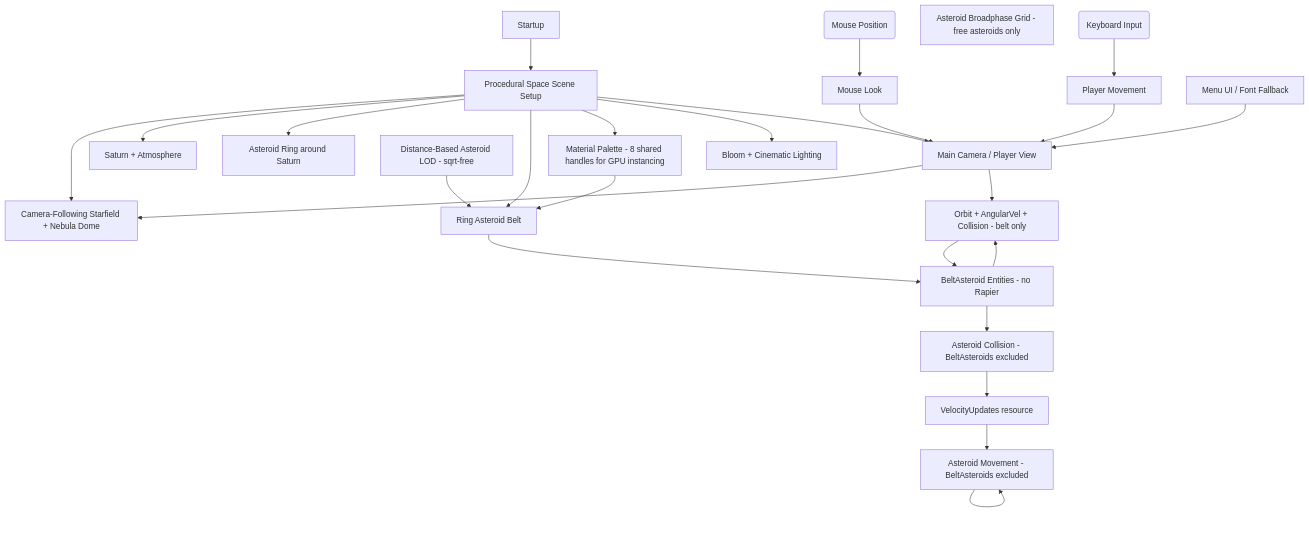
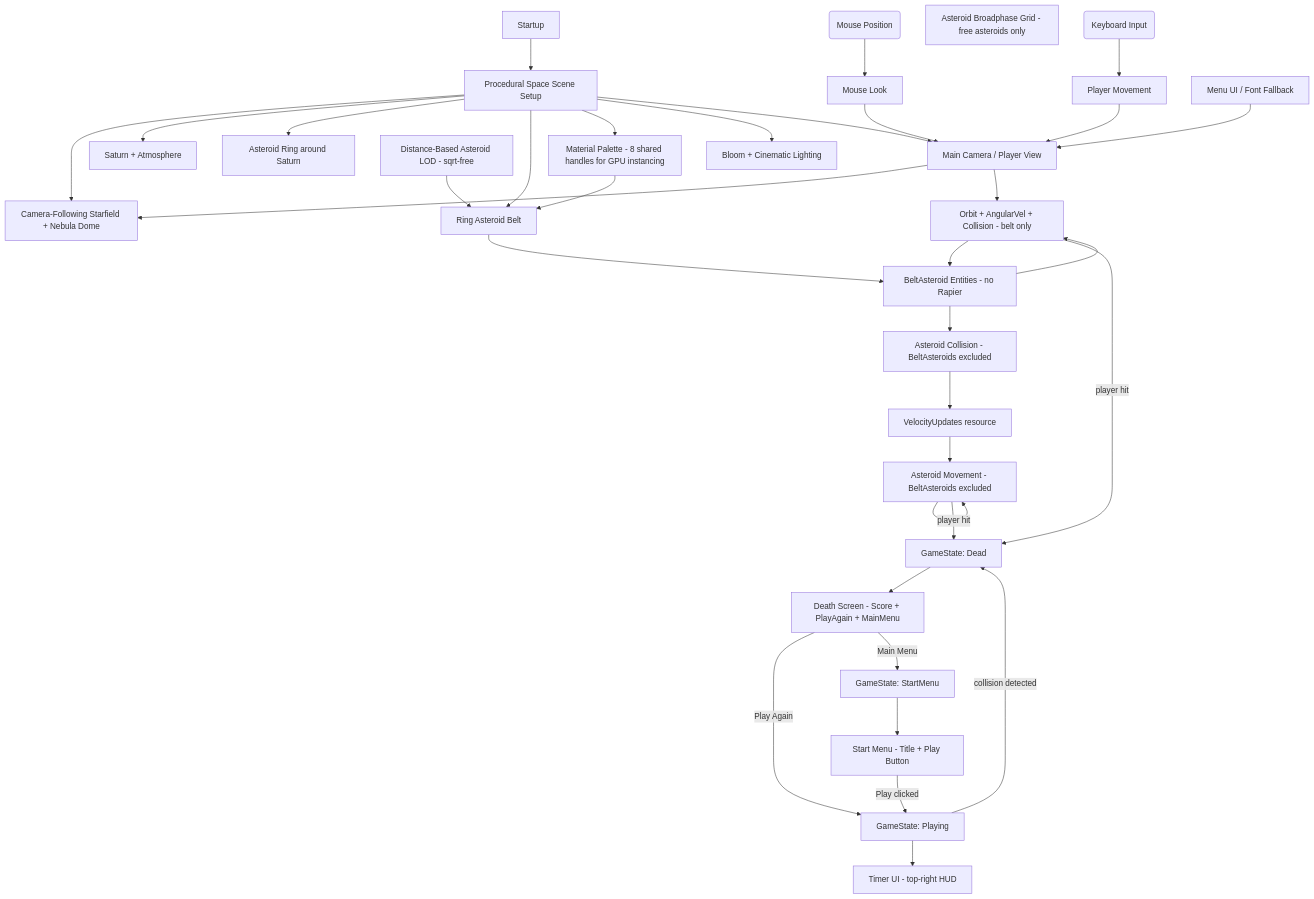
The diagram in README.md (antonincacadetruire/space_vibe), drawn with Mermaid before and after one commit. The commit also changed 9 other files, not shown here.

Commit message:
Implement game state management with start and death screens; add UI components for score display and navigation; enhance timer functionality and button interactions

````diff
--- a/README.md
+++ b/README.md
@@ -4,50 +4,68 @@
 ```mermaid
 graph TB
   M(Mouse Position)
   K(Keyboard Input)
+
+  GS_SM[GameState: StartMenu]
+  GS_PL[GameState: Playing]
+  GS_DE[GameState: Dead]
+
+  SM[Start Menu - Title + Play Button]
+  DS[Death Screen - Score + PlayAgain + MainMenu]
+  TI[Timer UI - top-right HUD]
 
   SS[Procedural Space Scene Setup]
   SB[Camera-Following Starfield + Nebula Dome]
   SP[Saturn + Atmosphere]
   SRI[Asteroid Ring around Saturn]
   SR[Ring Asteroid Belt]
   BP[Asteroid Broadphase Grid - free asteroids only]
   LB[Bloom + Cinematic Lighting]
   LOD[Distance-Based Asteroid LOD - sqrt-free]
   ML[Mouse Look]
   PM[Player Movement]
   AC[Asteroid Collision - BeltAsteroids excluded]
   AM[Asteroid Movement - BeltAsteroids excluded]
   OB[Orbit + AngularVel + Collision - belt only]
   UI[Menu UI / Font Fallback]
   R[Main Camera / Player View]
 
   RV[VelocityUpdates resource]
   MP[Material Palette - 8 shared handles for GPU instancing]
 
   Startup --> SS
   SS --> SB
   SS --> SP
   SS --> SRI
   SS --> SR
   SS --> MP
   MP --> SR
   SS --> LB
   SS --> R
   R --> SB
 
+  GS_SM --> SM
+  SM -- Play clicked --> GS_PL
+  GS_PL --> TI
+  GS_PL -- collision detected --> GS_DE
+  GS_DE --> DS
+  DS -- Play Again --> GS_PL
+  DS -- Main Menu --> GS_SM
+
   M --> ML
   ML --> R
   K --> PM
   PM --> R
   SR --> Ast[BeltAsteroid Entities - no Rapier]
   LOD --> SR
   Ast --> AC
   AC --> RV
   RV --> AM
   AM --> AM
   Ast --> OB
   OB --> Ast
+  OB -- player hit --> GS_DE
+  AM -- player hit --> GS_DE
   UI --> R
   R --> OB
 ```
````
